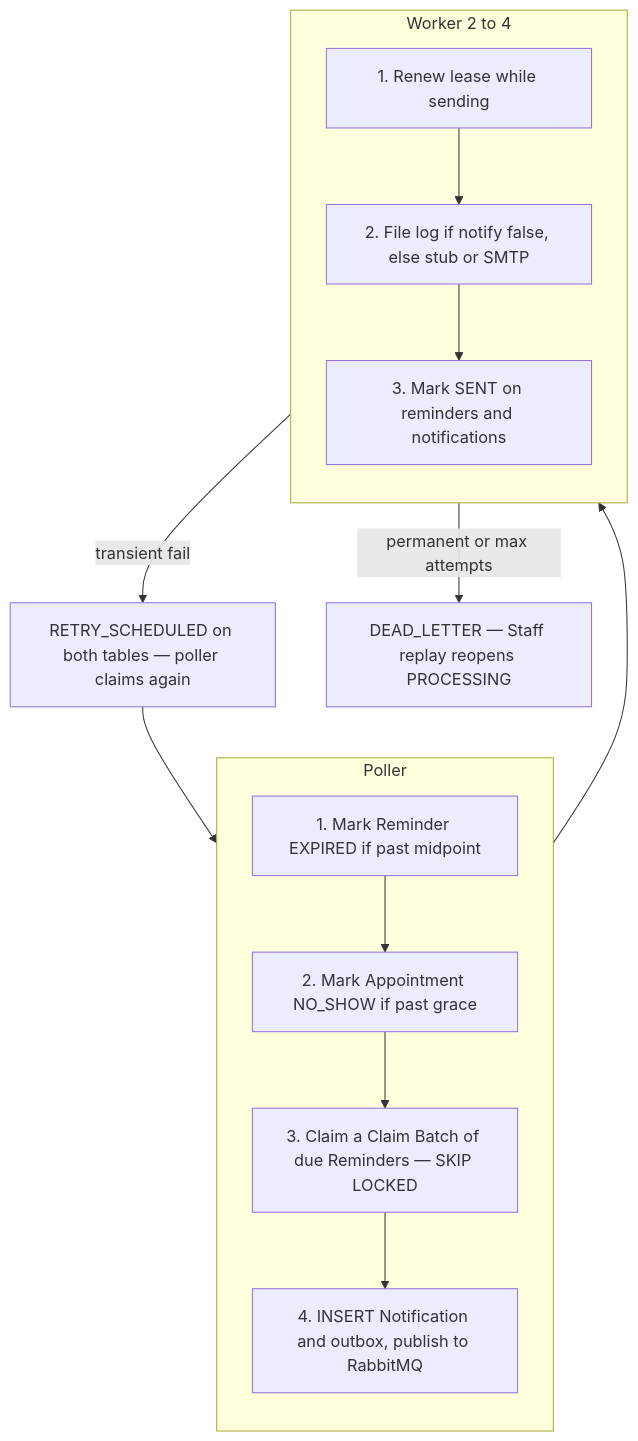
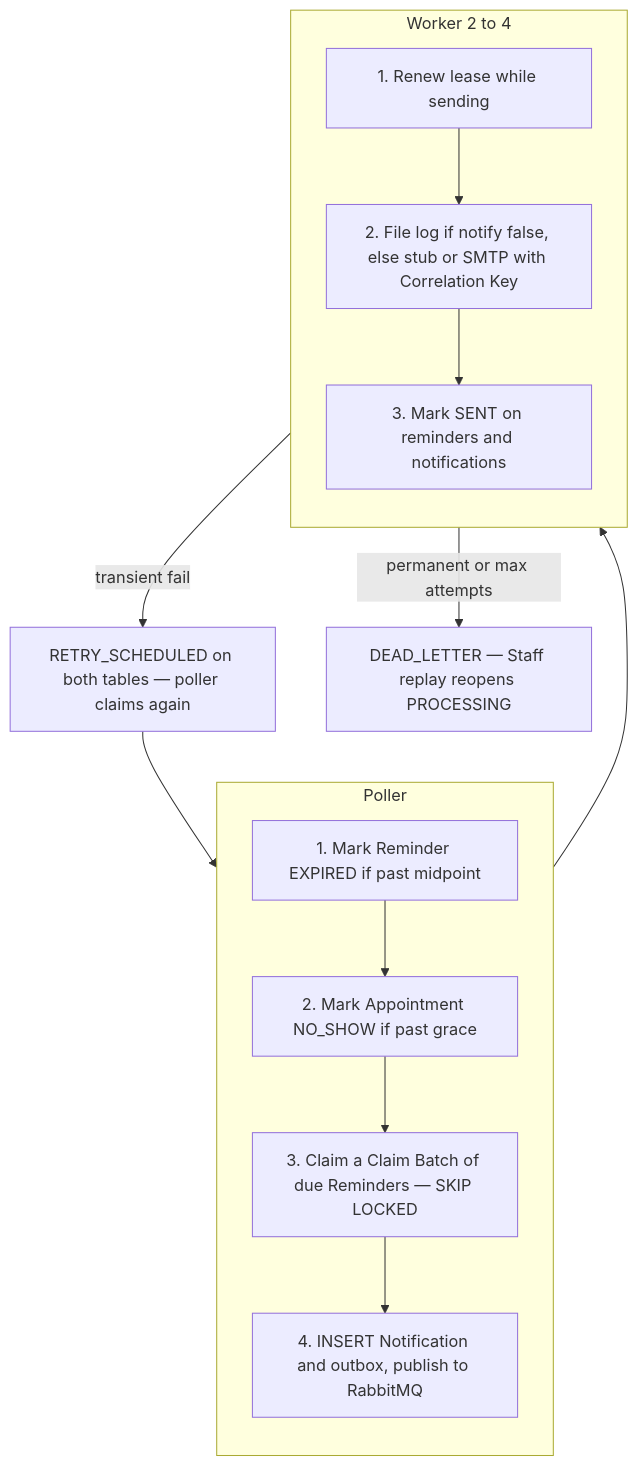
The third of 4 diagrams in docs/architecture.md (GreatNerve/Dealership-Backend), drawn with Mermaid before and after one commit. The commit also changed other lines of this file and 114 other files, not shown here.

````diff
--- a/docs/architecture.md
+++ b/docs/architecture.md
@@ -76,26 +78,26 @@
 ```mermaid
 flowchart TB
   subgraph poller [Poller]
     direction TB
     P1["1. Mark Reminder EXPIRED if past midpoint"]
     P2["2. Mark Appointment NO_SHOW if past grace"]
     P3["3. Claim a Claim Batch of due Reminders — SKIP LOCKED"]
     P4["4. INSERT Notification and outbox, publish to RabbitMQ"]
     P1 --> P2 --> P3 --> P4
   end
 
   subgraph worker [Worker 2 to 4]
     direction TB
     W1["1. Renew lease while sending"]
-    W2["2. File log if notify false, else stub or SMTP"]
+    W2["2. File log if notify false, else stub or SMTP with Correlation Key"]
     W3["3. Mark SENT on reminders and notifications"]
     W1 --> W2 --> W3
   end
 
   Retry["RETRY_SCHEDULED on both tables — poller claims again"]
   Dead["DEAD_LETTER — Staff replay reopens PROCESSING"]
 
   poller --> worker
   worker -->|transient fail| Retry --> poller
   worker -->|permanent or max attempts| Dead
 ```
````
